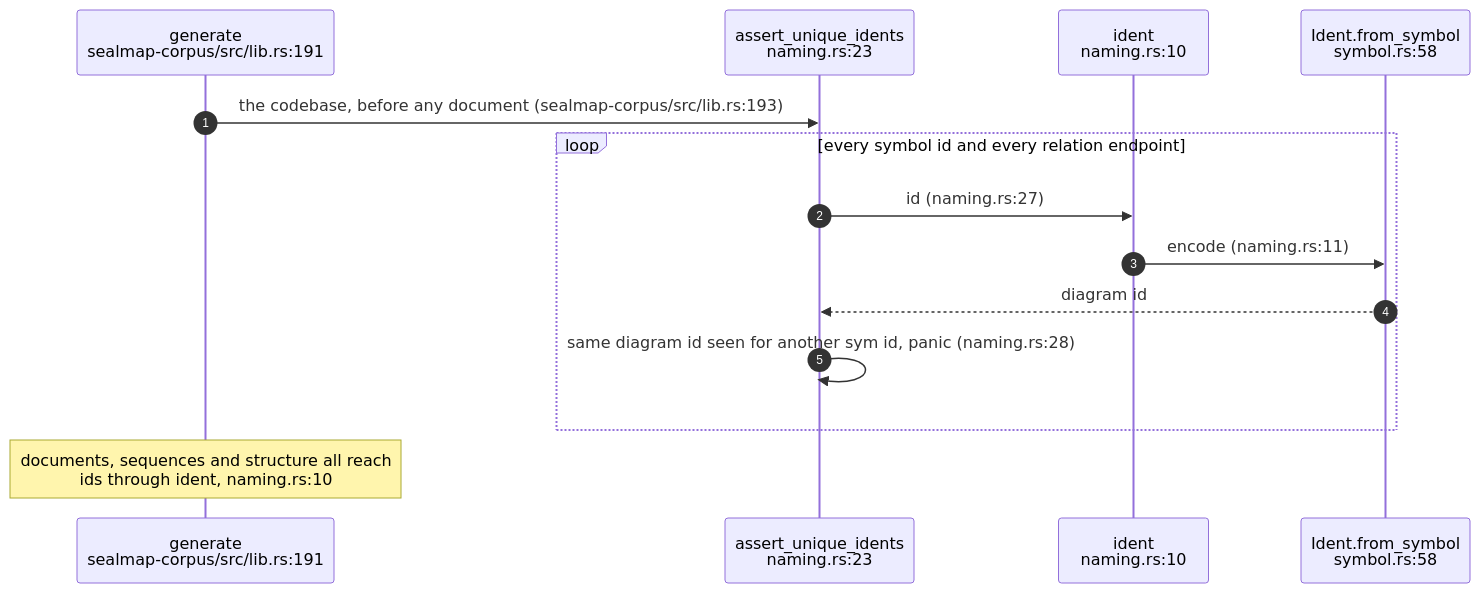
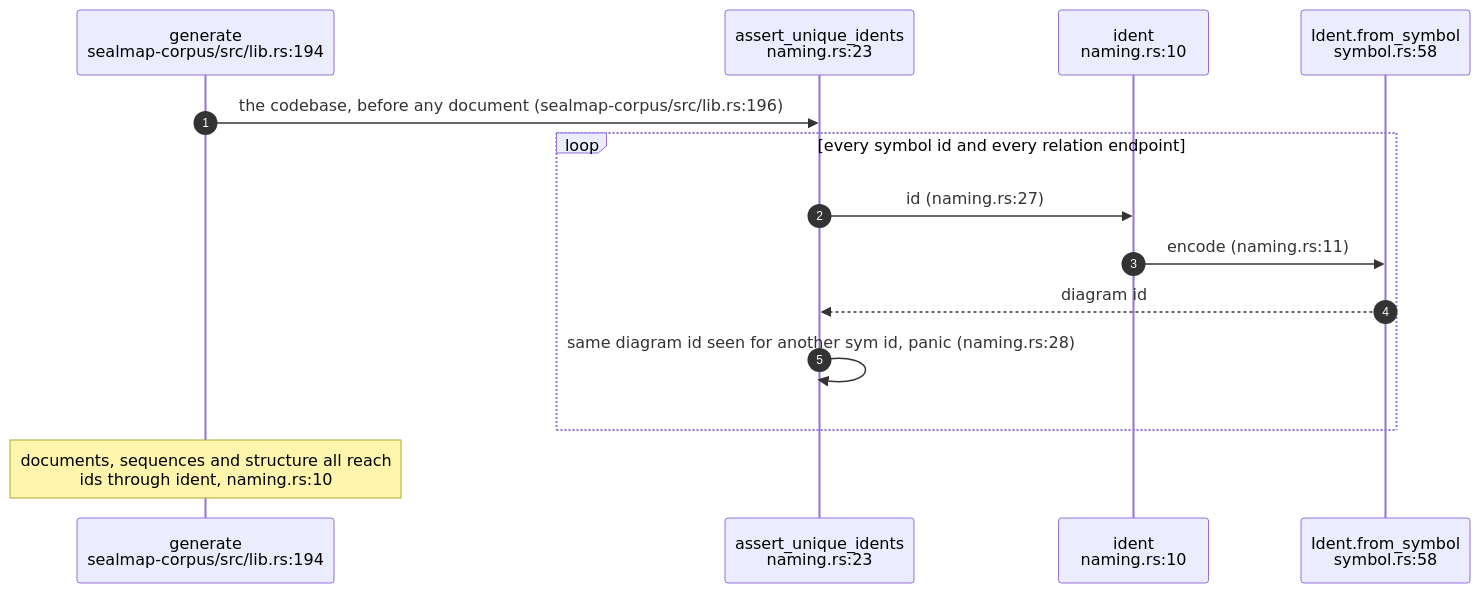
One commit to DreamLab-AI/VisionFlow changed the third of 5 diagrams in docs/diagrams/sealmap/11-injective-diagram-ids.md. Above: the diagram before and after it, drawn with Mermaid. The commit also changed other lines of this file and 59 other files, not shown here.

First line of the commit message:
docs(diagrams): re-derive and re-stamp forum, website, pod, ontomark and sealmap topics

````diff
--- a/docs/diagrams/sealmap/11-injective-diagram-ids.md
+++ b/docs/diagrams/sealmap/11-injective-diagram-ids.md
@@ -112,16 +113,16 @@
 ```mermaid
 sequenceDiagram
     autonumber
-    participant GE as generate<br/>sealmap-corpus/src/lib.rs:191
+    participant GE as generate<br/>sealmap-corpus/src/lib.rs:194
     participant AU as assert_unique_idents<br/>naming.rs:23
     participant IDT as ident<br/>naming.rs:10
     participant FS as Ident.from_symbol<br/>symbol.rs:58
-    GE->>AU: the codebase, before any document (sealmap-corpus/src/lib.rs:193)
+    GE->>AU: the codebase, before any document (sealmap-corpus/src/lib.rs:196)
     loop every symbol id and every relation endpoint
         AU->>IDT: id (naming.rs:27)
         IDT->>FS: encode (naming.rs:11)
         FS-->>AU: diagram id
         AU->>AU: same diagram id seen for another sym id, panic (naming.rs:28)
     end
     Note over GE: documents, sequences and structure all reach<br/>ids through ident, naming.rs:10
 ```
````
